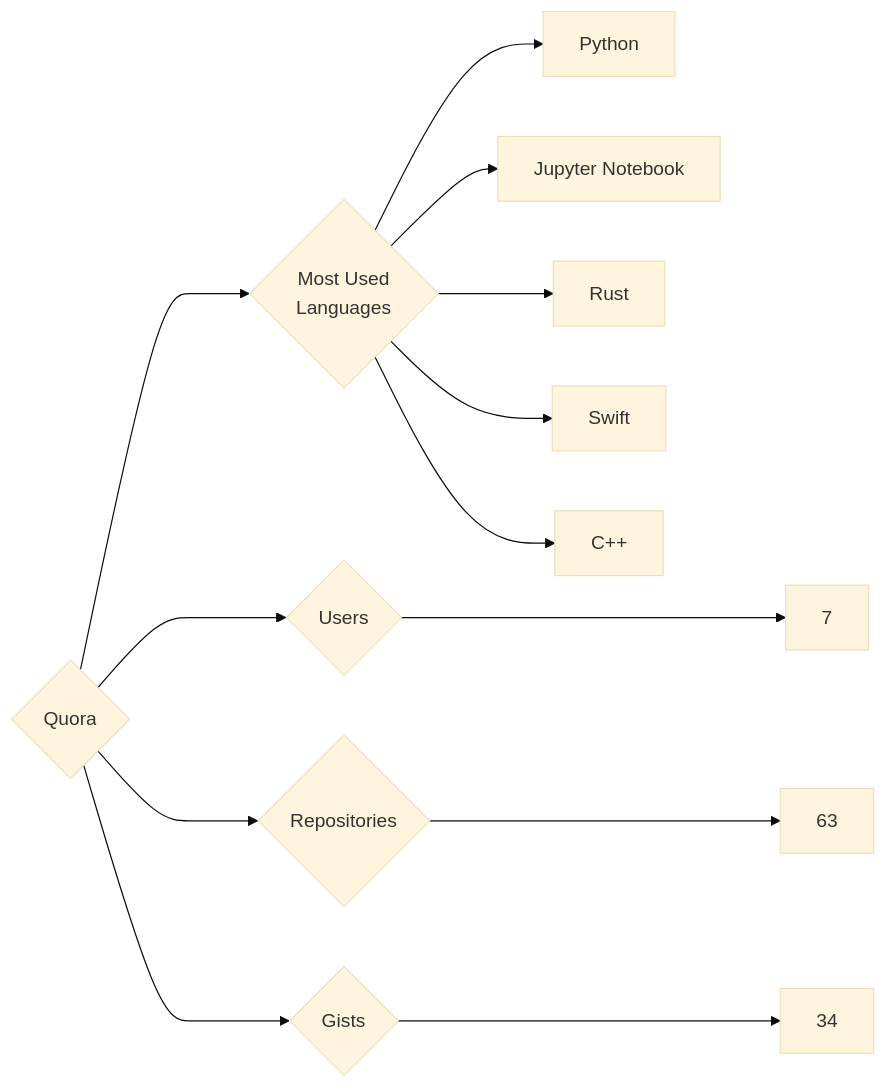
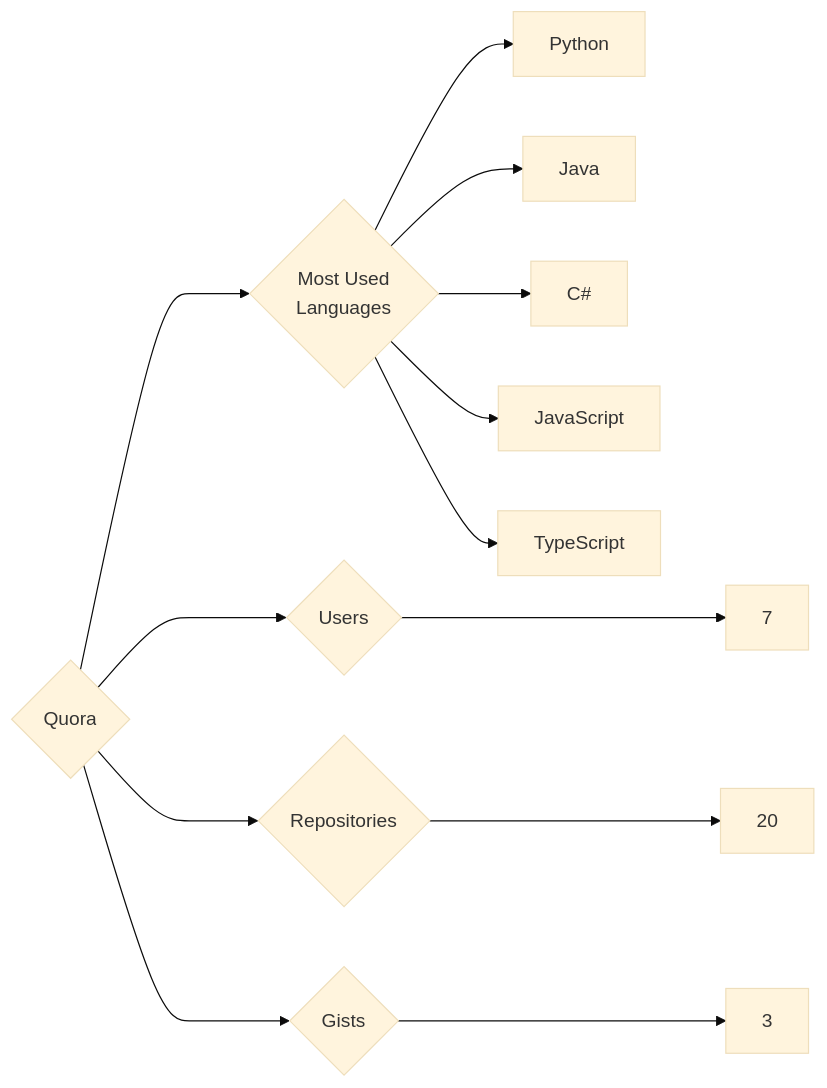
One commit to trickest/insiders changed the diagram in targets/Quora/README.md. Above: the diagram before and after it, drawn with Mermaid (base theme). The commit also changed 1496 other files, not shown here.

````diff
--- a/targets/Quora/README.md
+++ b/targets/Quora/README.md
@@ -3,13 +3,13 @@
 ```mermaid
 graph LR
 COMPANY_NAME{Quora}
 COMPANY_NAME ---> U{Users} ---> UN[7]
-COMPANY_NAME ---> R{Repositories} ---> RN[63]
-COMPANY_NAME ---> G{Gists} ---> GN[34]
+COMPANY_NAME ---> R{Repositories} ---> RN[20]
+COMPANY_NAME ---> G{Gists} ---> GN[3]
 COMPANY_NAME ---> ML{Most Used<br>Languages}
 ML --> Python[Python]
-ML --> Jupyter_Notebook[Jupyter Notebook]
-ML --> Rust[Rust]
-ML --> Swift[Swift]
-ML --> C++[C++]
+ML --> Java[Java]
+ML --> C#[C#]
+ML --> JavaScript[JavaScript]
+ML --> TypeScript[TypeScript]
 ```
````
